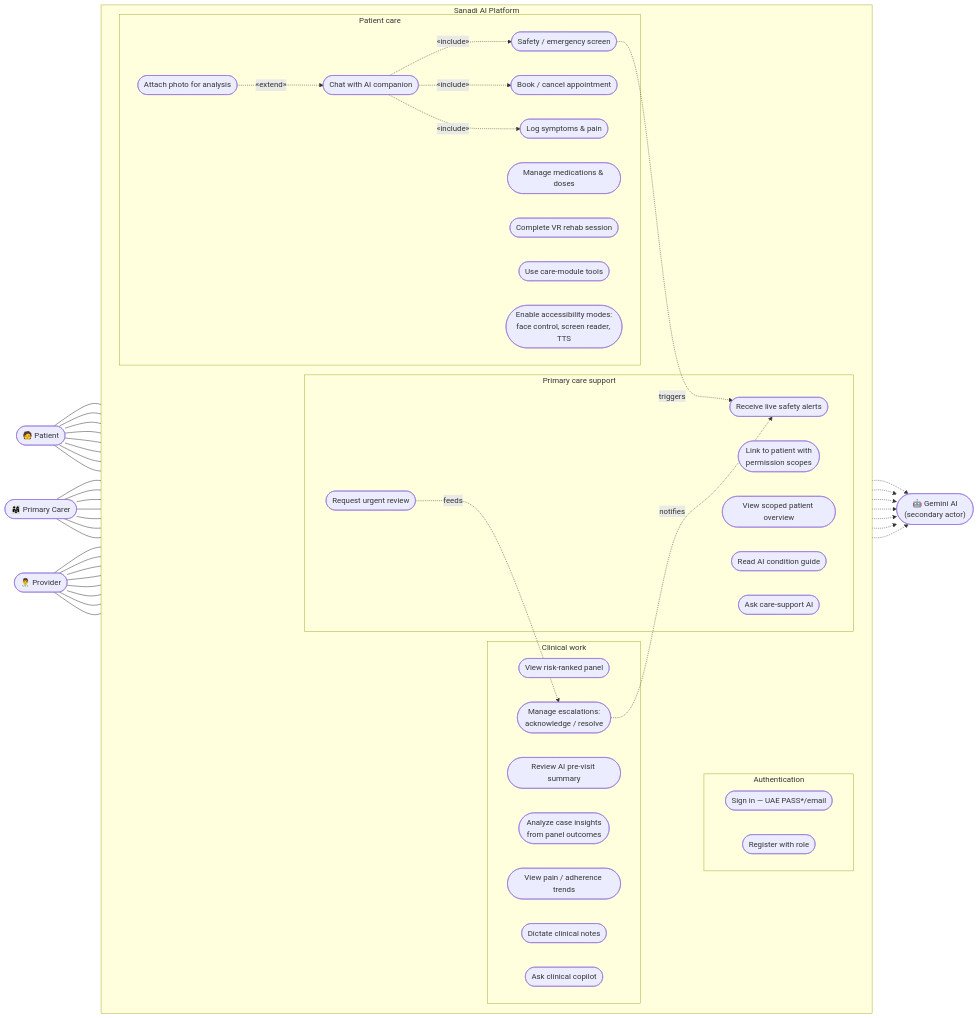
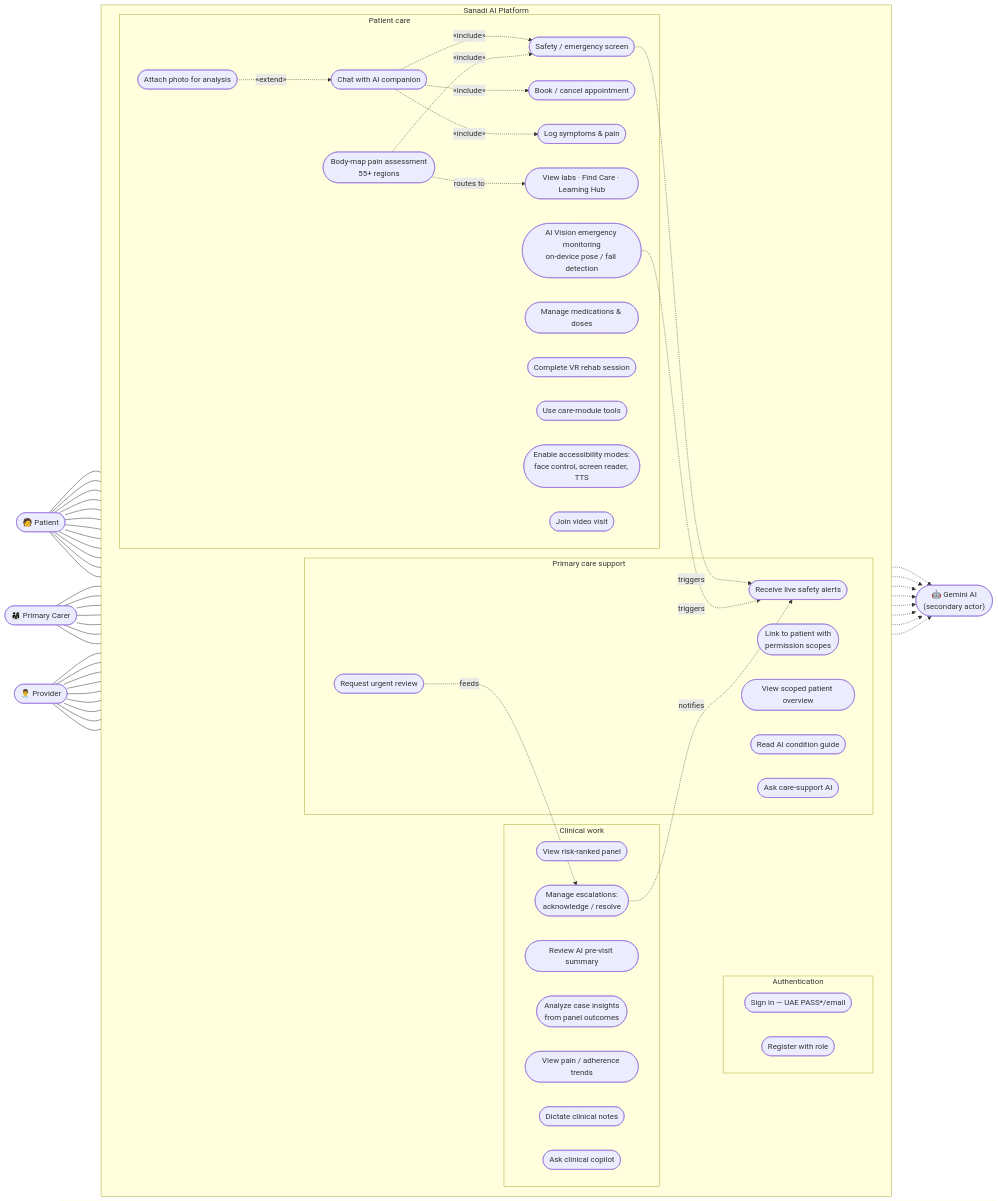
One commit to KhadejaAhmedKZ/Sanadi-AI changed the first of 9 diagrams in docs/DESIGN.md. Above: the diagram before and after it, drawn with Mermaid. The commit also changed other lines of this file and 1 other file, not shown here.

First line of the commit message:
Docs: comprehensive README + UML refresh for all current features

````diff
--- a/docs/DESIGN.md
+++ b/docs/DESIGN.md
@@ -15,57 +15,64 @@
 ```mermaid
 flowchart LR
     P(["🧑 Patient"])
     C(["👨‍👩‍👧 Primary Carer"])
     D(["👨‍⚕️ Provider"])
     G(["🤖 Gemini AI<br/>(secondary actor)"])
 
     subgraph S["Sanadi AI Platform"]
         direction LR
         subgraph AUTH["Authentication"]
             UC0([Sign in — UAE PASS*/email])
             UC0b([Register with role])
         end
         subgraph PAT["Patient care"]
             UC1([Chat with AI companion])
             UC1b([Attach photo for analysis])
             UC1c([Safety / emergency screen])
             UC2([Book / cancel appointment])
             UC3([Log symptoms & pain])
             UC4([Manage medications & doses])
             UC5([Complete VR rehab session])
             UC6([Use care-module tools])
             UC7([Enable accessibility modes:<br/>face control, screen reader, TTS])
+            UC21([Body-map pain assessment<br/>55+ regions])
+            UC22([AI Vision emergency monitoring<br/>on-device pose / fall detection])
+            UC23([View labs · Find Care · Learning Hub])
+            UC24([Join video visit])
         end
         subgraph CG["Primary care support"]
             UC8([Link to patient with<br/>permission scopes])
             UC9([View scoped patient overview])
             UC10([Receive live safety alerts])
             UC11([Request urgent review])
             UC12([Read AI condition guide])
             UC13([Ask care-support AI])
         end
         subgraph PR["Clinical work"]
             UC14([View risk-ranked panel])
             UC15([Review AI pre-visit summary])
             UC16([Analyze case insights<br/>from panel outcomes])
             UC17([View pain / adherence trends])
             UC18([Manage escalations:<br/>acknowledge / resolve])
             UC19([Dictate clinical notes])
             UC20([Ask clinical copilot])
         end
     end
 
-    P --- UC0 & UC1 & UC2 & UC3 & UC4 & UC5 & UC6 & UC7
+    P --- UC0 & UC1 & UC2 & UC3 & UC4 & UC5 & UC6 & UC7 & UC21 & UC22 & UC23 & UC24
     C --- UC0 & UC8 & UC9 & UC10 & UC11 & UC12 & UC13
-    D --- UC0 & UC14 & UC15 & UC16 & UC17 & UC18 & UC19 & UC20
+    D --- UC0 & UC14 & UC15 & UC16 & UC17 & UC18 & UC19 & UC20 & UC24
 
     UC1 -. «include» .-> UC1c
     UC1b -. «extend» .-> UC1
     UC1 -. «include» .-> UC2
     UC1 -. «include» .-> UC3
     UC1c -. triggers .-> UC10
     UC11 -. feeds .-> UC18
+    UC21 -. «include» .-> UC1c
+    UC21 -. routes to .-> UC23
+    UC22 -. triggers .-> UC10
     UC18 -. notifies .-> UC10
 
-    UC1 & UC1b & UC12 & UC13 & UC15 & UC16 & UC20 -.-> G
+    UC1 & UC1b & UC12 & UC13 & UC15 & UC16 & UC20 & UC21 -.-> G
 ```
````
